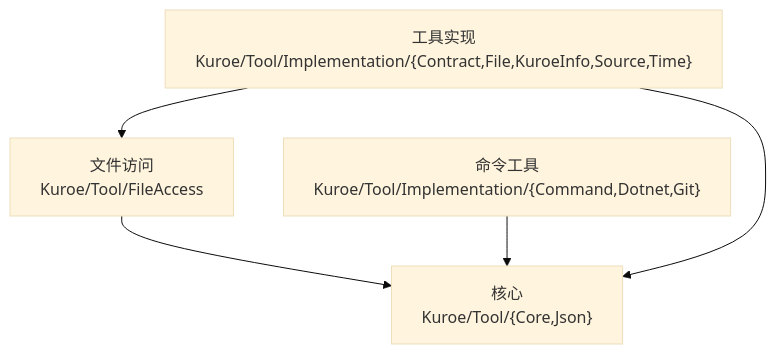
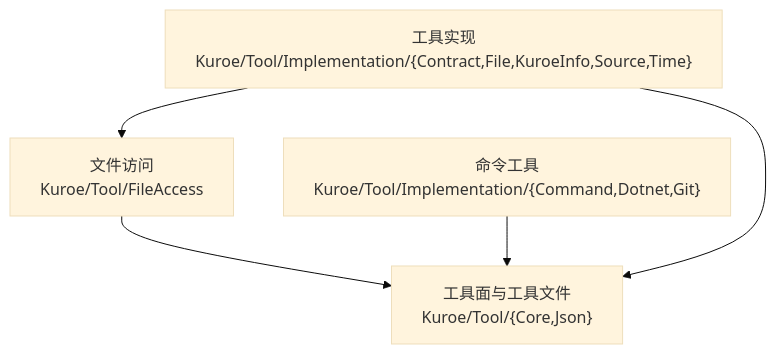
The diagram in docs/dev/architecture/functional-boundary/ability/tool/index.md (DrMelt/Kuroe), drawn with Mermaid (base theme) before and after one commit. The commit also changed other lines of this file and 19 other files, not shown here.

````diff
--- a/docs/dev/architecture/functional-boundary/ability/tool/index.md
+++ b/docs/dev/architecture/functional-boundary/ability/tool/index.md
@@ -5,11 +5,11 @@
 ```mermaid
 flowchart TD
-    Core["核心<br>Kuroe/Tool/{Core,Json}"]
+    Core["工具面与工具文件<br>Kuroe/Tool/{Core,Json}"]
     FileAccess["文件访问<br>Kuroe/Tool/FileAccess"]
     CommandTools["命令工具<br>Kuroe/Tool/Implementation/{Command,Dotnet,Git}"]
     Implementation["工具实现<br>Kuroe/Tool/Implementation/{Contract,File,KuroeInfo,Source,Time}"]
     FileAccess --> Core
     CommandTools --> Core
     Implementation --> Core
     Implementation --> FileAccess
 ```
````
